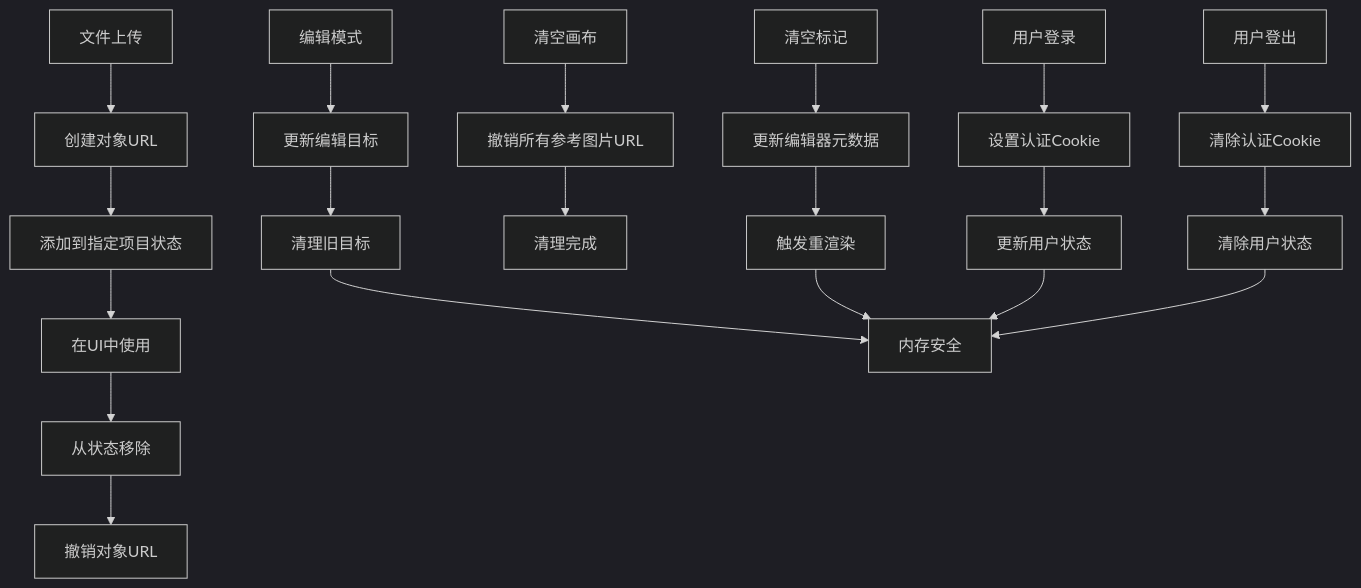
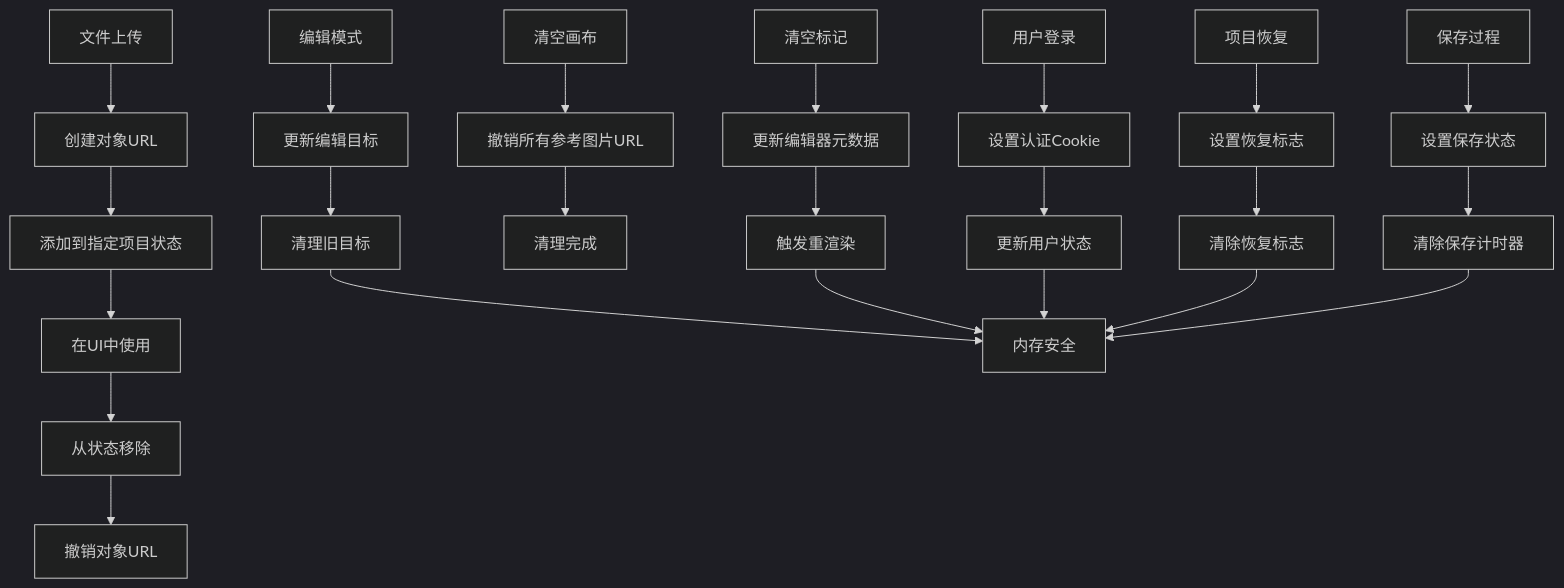
One commit to billye220670/BananaFlow2 changed diagram 28 of 29 in .qoder/repowiki/zh/content/状态管理系统.md. Above: the diagram before and after it, drawn with Mermaid (dark theme). The commit also changed other lines of this file and 12 other files, not shown here.

First line of the commit message:
fix: shimmer占位图全程覆盖 + 拖入无限循环修复

````diff
--- a/.qoder/repowiki/zh/content/状态管理系统.md
+++ b/.qoder/repowiki/zh/content/状态管理系统.md
@@ -779,22 +1084,25 @@
 ```mermaid
 flowchart TD
 Upload[文件上传] --> CreateURL[创建对象URL]
 CreateURL --> AddToStore[添加到指定项目状态]
 AddToStore --> UseInUI[在UI中使用]
 UseInUI --> RemoveFromStore[从状态移除]
 RemoveFromStore --> RevokeURL[撤销对象URL]
 EditMode[编辑模式] --> UpdateTarget[更新编辑目标]
 UpdateTarget --> CleanupTarget[清理旧目标]
 CleanupTarget --> MemorySafe[内存安全]
 CanvasClear[清空画布] --> RevokeAllRefs[撤销所有参考图片URL]
 RevokeAllRefs --> CleanupComplete[清理完成]
 MarkerClear[清空标记] --> UpdateEditorMeta[更新编辑器元数据]
 UpdateEditorMeta --> TriggerRender[触发重渲染]
 TriggerRender --> MemorySafe
 UserLogin[用户登录] --> SetCookie[设置认证Cookie]
 SetCookie --> UpdateUserState[更新用户状态]
 UpdateUserState --> MemorySafe
-UserLogout[用户登出] --> ClearCookie[清除认证Cookie]
-ClearCookie --> ClearUserState[清除用户状态]
-ClearUserState --> MemorySafe
+ProjectRestore[项目恢复] --> SetRestoreFlag[设置恢复标志]
+SetRestoreFlag --> ClearRestoreFlag[清除恢复标志]
+ClearRestoreFlag --> MemorySafe
+SaveProcess[保存过程] --> SetSaveStatus[设置保存状态]
+SetSaveStatus --> ClearSavedTimer[清除保存计时器]
+ClearSavedTimer --> MemorySafe
 ```
````
